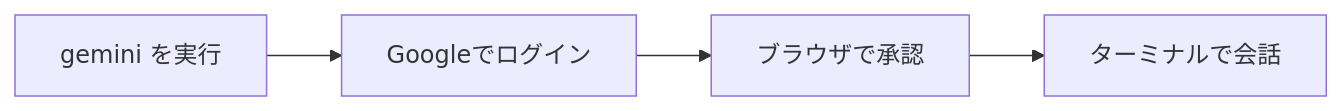
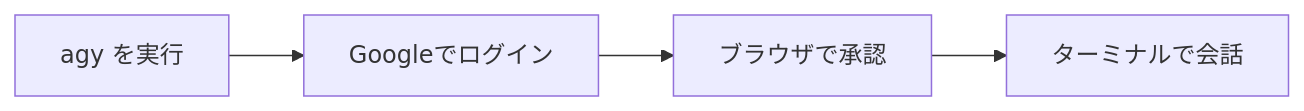
One commit to KakkoiDev/izumo-io changed the diagram in content/ai/a02.ja.md. Above: the diagram before and after it, drawn with Mermaid. The commit also changed other lines of this file and 39 other files, not shown here.

````diff
--- a/content/ai/a02.ja.md
+++ b/content/ai/a02.ja.md
@@ -51,6 +51,6 @@
 ```mermaid
 flowchart LR
-    A[gemini を実行] --> B[Googleでログイン]
+    A[agy を実行] --> B[Googleでログイン]
     B --> C[ブラウザで承認]
     C --> D[ターミナルで会話]
 ```
````
